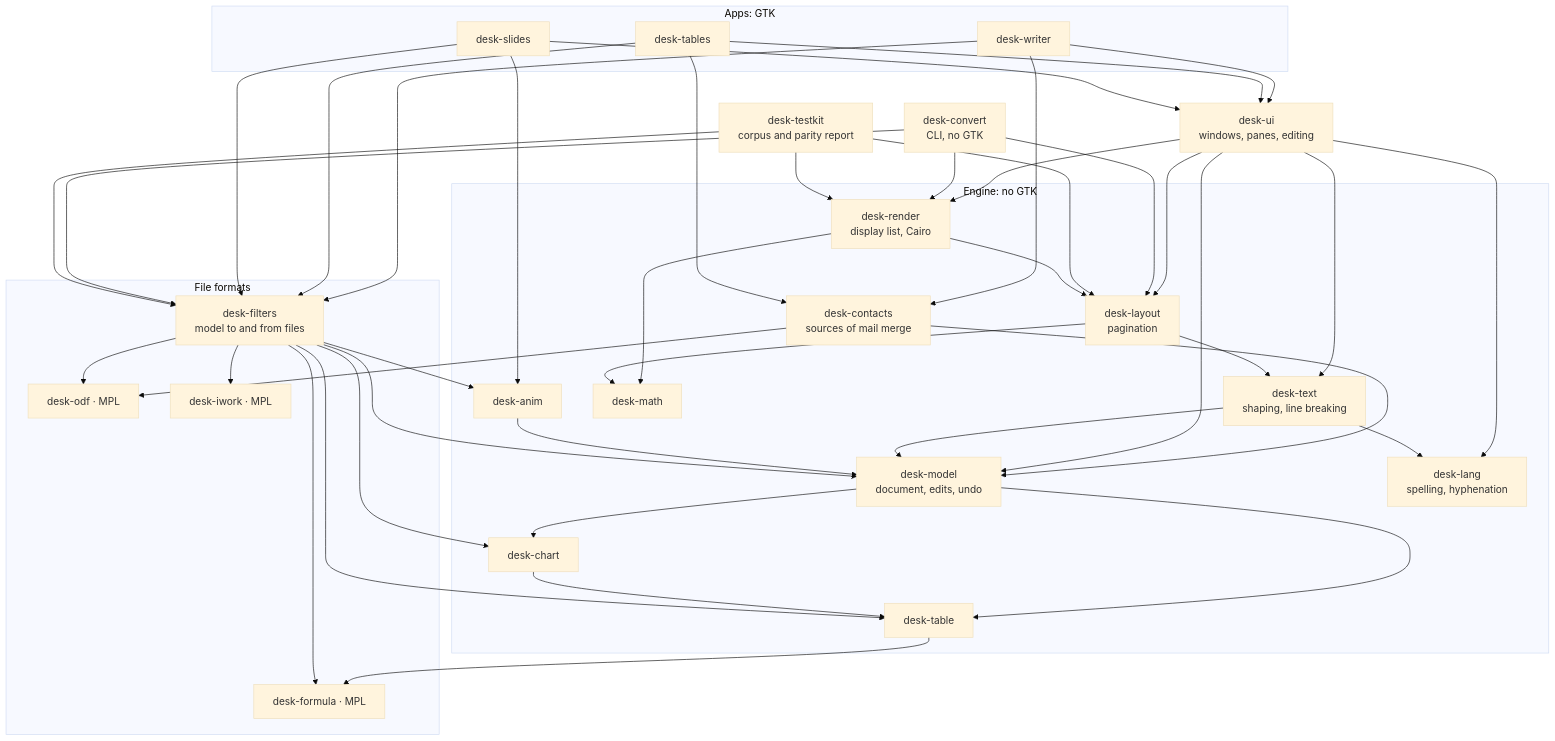
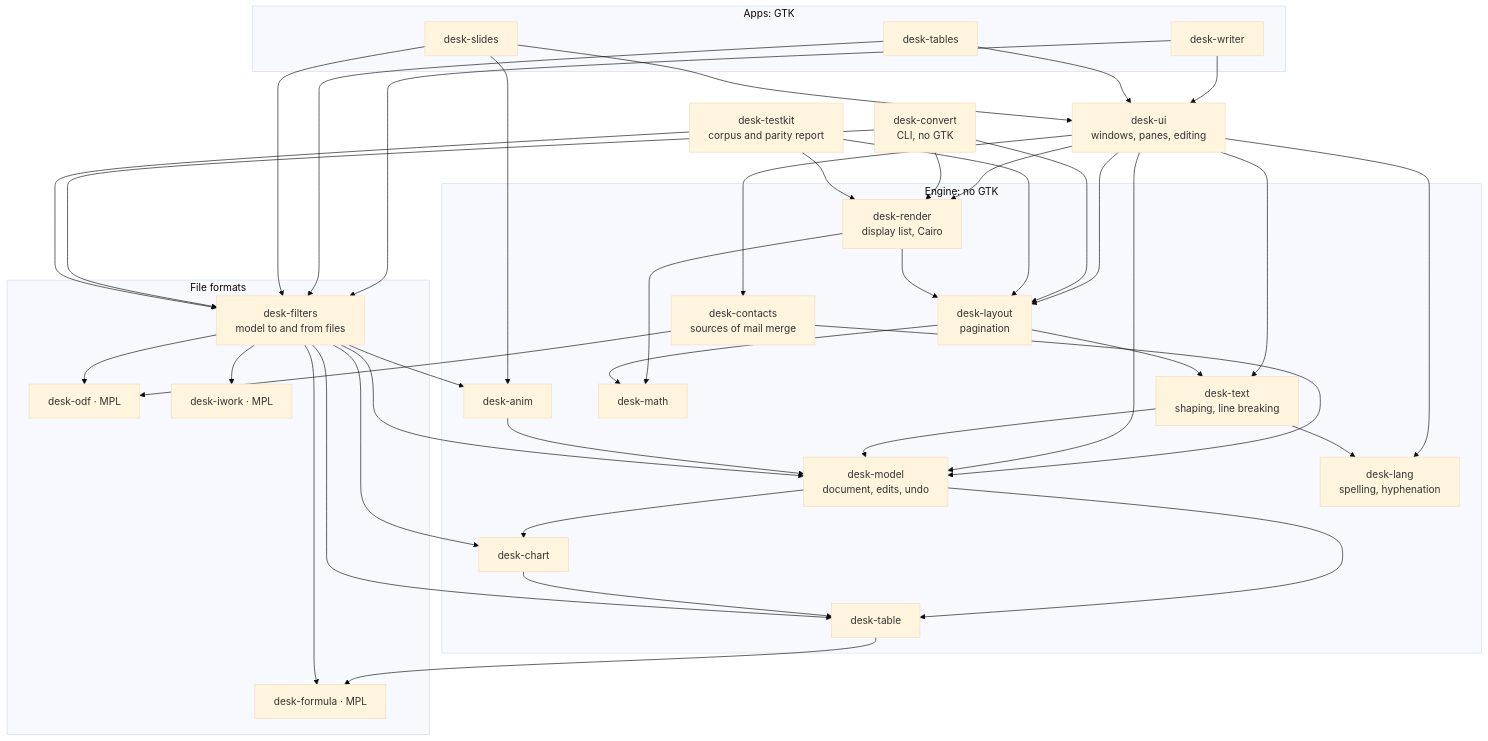
One commit to brahm/desk changed the third of 8 diagrams in docs/architecture.md. Above: the diagram before and after it, drawn with Mermaid (base theme). The commit also changed 23 other files, not shown here.

````diff
--- a/docs/architecture.md
+++ b/docs/architecture.md
@@ -71,43 +71,42 @@
 ```mermaid
 flowchart TB
     subgraph apps [Apps: GTK]
         writer[desk-writer]
         tables[desk-tables]
         slides[desk-slides]
     end
     ui[desk-ui<br>windows, panes, editing]
     convert[desk-convert<br>CLI, no GTK]
     testkit[desk-testkit<br>corpus and parity report]
     subgraph engine [Engine: no GTK]
         render[desk-render<br>display list, Cairo]
         layout[desk-layout<br>pagination]
         text[desk-text<br>shaping, line breaking]
         model[desk-model<br>document, edits, undo]
         chart[desk-chart]
         math[desk-math]
         table[desk-table]
         anim[desk-anim]
         lang[desk-lang<br>spelling, hyphenation]
         contacts[desk-contacts<br>sources of mail merge]
     end
     subgraph formats [File formats]
         filters[desk-filters<br>model to and from files]
         odf[desk-odf · MPL]
         iwork[desk-iwork · MPL]
         formula[desk-formula · MPL]
     end
     writer & tables & slides --> ui & filters
-    writer & tables --> contacts
     contacts --> model & odf
     slides --> anim
-    ui --> render & layout & text & model & lang
+    ui --> render & layout & text & model & lang & contacts
     convert --> filters & render & layout
     testkit --> filters & render & layout
     render --> layout --> text --> model
     render & layout --> math
     text --> lang
     model --> chart & table
     chart --> table --> formula
     anim --> model
     filters --> model & odf & iwork & anim & chart & table & formula
 ```
````
